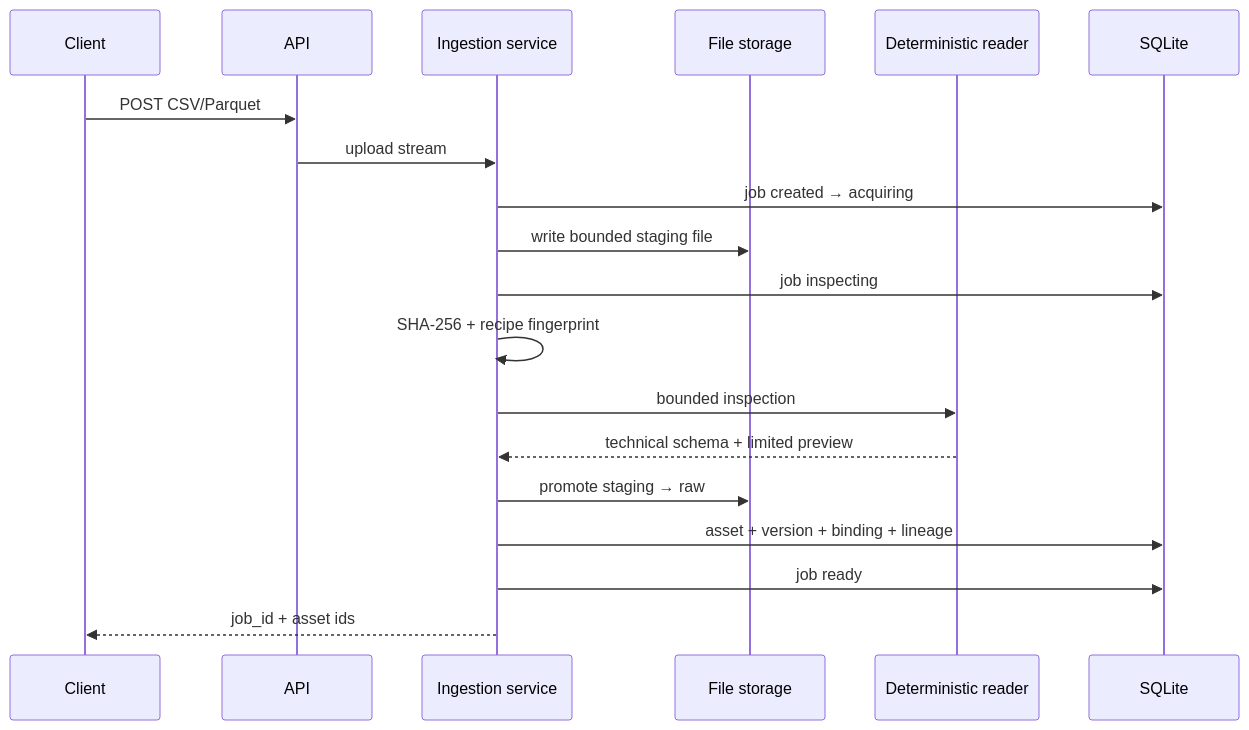
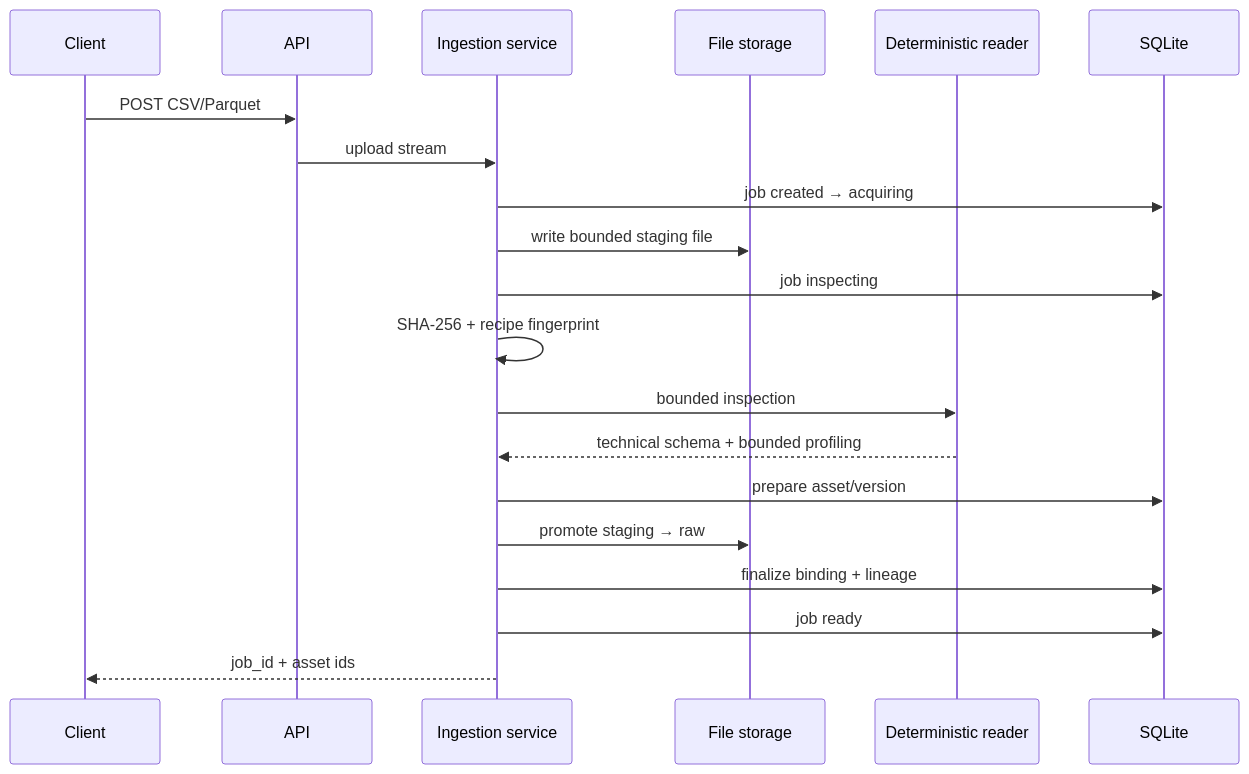
Before and after one commit to pyxidious/queryX: the second of 2 diagrams in README.md, drawn with Mermaid. The commit also changed other lines of this file and 12 other files, not shown here.

First line of the commit message:
feat: Enhance ingestion storage with versioning and schema diff capabilities

````diff
--- a/README.md
+++ b/README.md
@@ -78,21 +88,22 @@
 ```mermaid
 sequenceDiagram
     participant C as Client
     participant A as API
     participant S as Ingestion service
     participant F as File storage
     participant R as Deterministic reader
     participant D as SQLite
     C->>A: POST CSV/Parquet
     A->>S: upload stream
     S->>D: job created → acquiring
     S->>F: write bounded staging file
     S->>D: job inspecting
     S->>S: SHA-256 + recipe fingerprint
     S->>R: bounded inspection
-    R-->>S: technical schema + limited preview
+    R-->>S: technical schema + bounded profiling
+    S->>D: prepare asset/version
     S->>F: promote staging → raw
-    S->>D: asset + version + binding + lineage
+    S->>D: finalize binding + lineage
     S->>D: job ready
     S-->>C: job_id + asset ids
 ```
````
